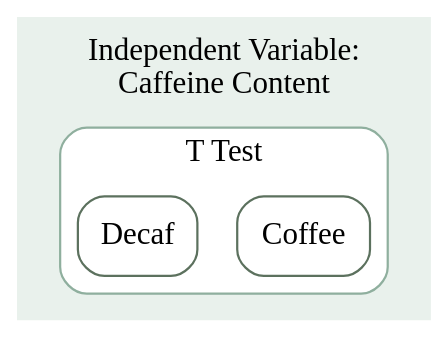
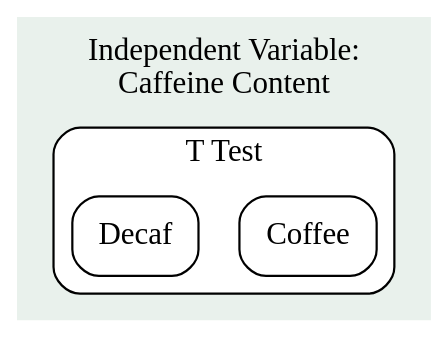
The first of 5 diagrams in lec12/lec12.qmd (DavidBrocker/348SlideDecks), drawn with Graphviz before and after one commit. The commit also changed other lines of this file and 2 other files, not shown here.

````diff
--- a/lec12/lec12.qmd
+++ b/lec12/lec12.qmd
@@ -100,19 +35,18 @@
 ```{dot}
 graph {
-  node[shape = box, style = "rounded,filled", fillcolor = "white", color = "#5C715E", fontname = "Fira Sans"]
-  edge[color = "#5C715E"]
+  
+  node[shape = box, style = rounded]
   bgcolor="#E9F1EC"
   label="Independent Variable: \nCaffeine Content"
   labelloc="t"
 
   subgraph cluster_tt {
-    bgcolor="white"
-    style = rounded
-    color = "#8FAF9E"
-    label="T Test"
+  bgcolor="white"
+  style = rounded
+  label="T Test"
 
     Coffee_T [label="Coffee"]
     Decaf_T [label="Decaf"]
   }
 }
 ```
````
